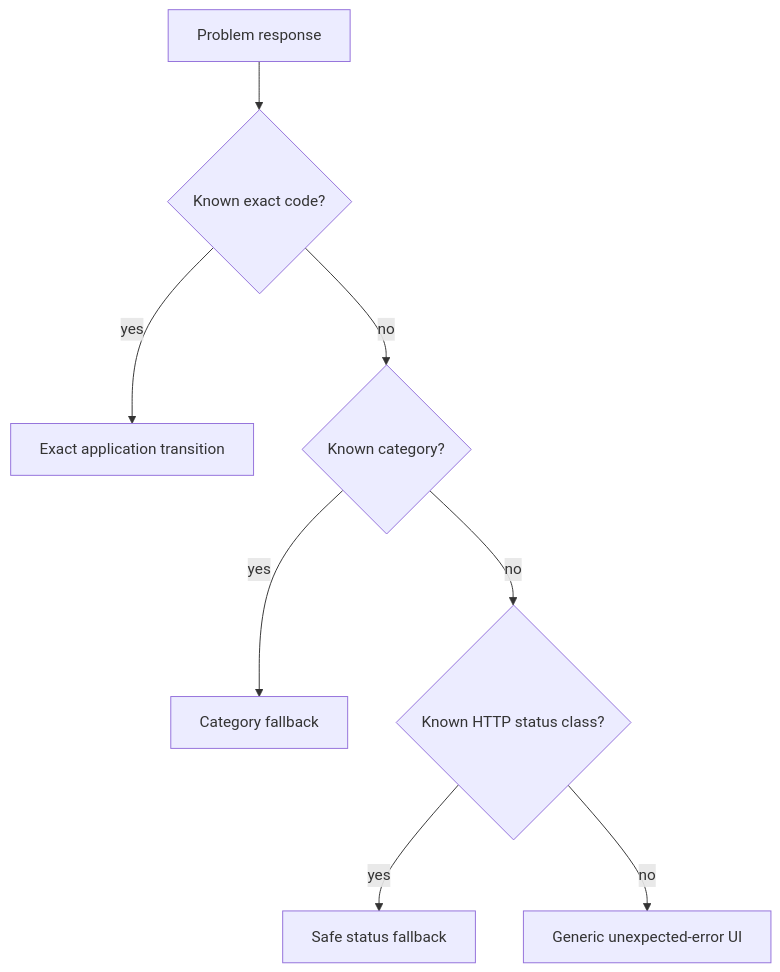
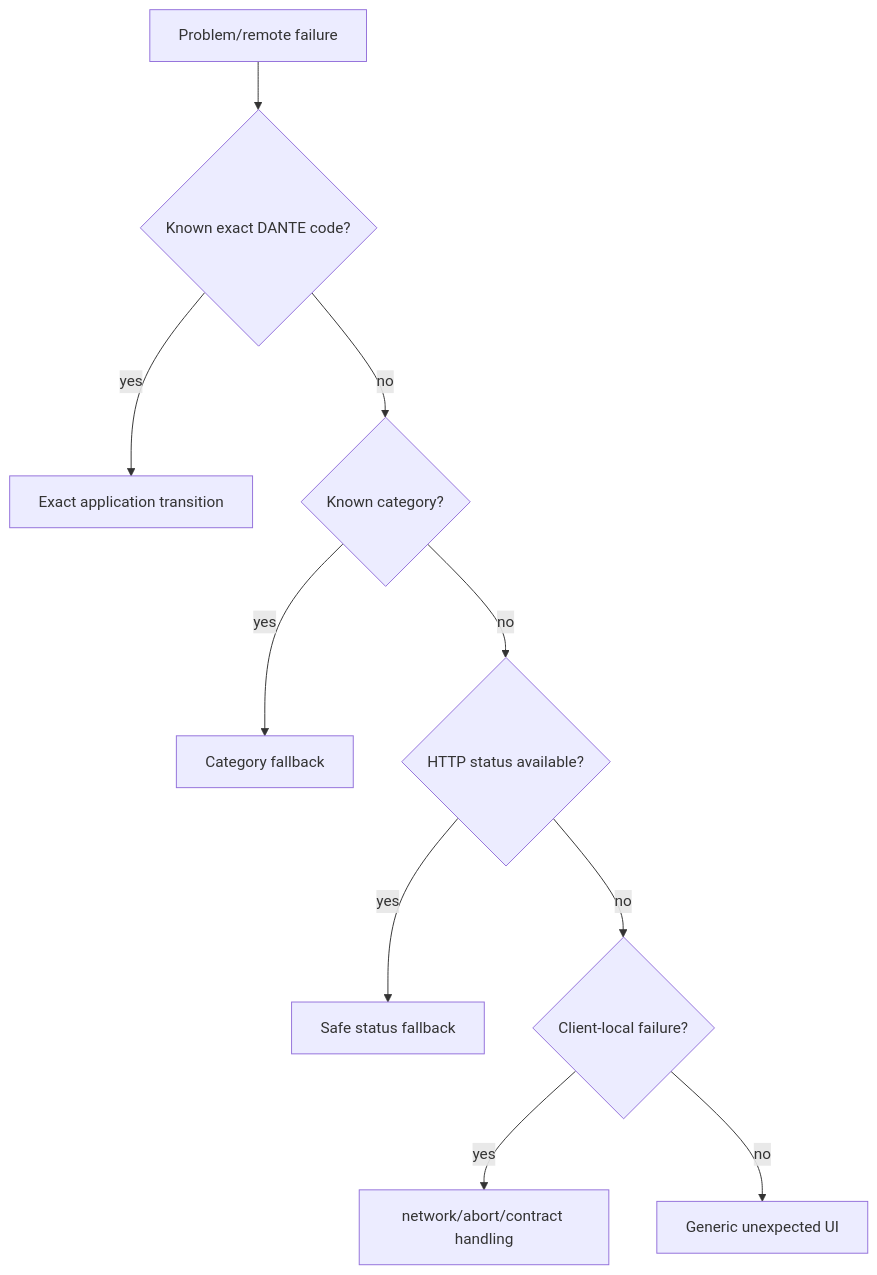
Before and after one commit to MattiaRubino/dante: the second of 2 diagrams in docs/architecture/access-auth-api-contract.md, drawn with Mermaid. The commit also changed other lines of this file, not shown here.

Commit message:
docs(auth): close M2 API and generated-client contract

````diff
--- a/docs/architecture/access-auth-api-contract.md
+++ b/docs/architecture/access-auth-api-contract.md
@@ -618,10 +870,12 @@
 ```mermaid
 flowchart TD
-    E[Problem response] --> C{Known exact code?}
+    E[Problem/remote failure] --> C{Known exact DANTE code?}
     C -->|yes| H[Exact application transition]
     C -->|no| G{Known category?}
     G -->|yes| F[Category fallback]
-    G -->|no| S{Known HTTP status class?}
+    G -->|no| S{HTTP status available?}
     S -->|yes| B[Safe status fallback]
-    S -->|no| U[Generic unexpected-error UI]
+    S -->|no| L{Client-local failure?}
+    L -->|yes| CL[network/abort/contract handling]
+    L -->|no| U[Generic unexpected UI]
 ```
````
